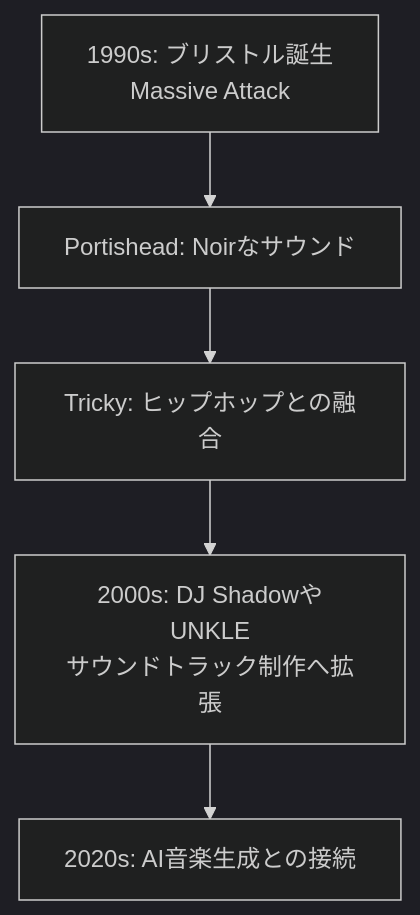
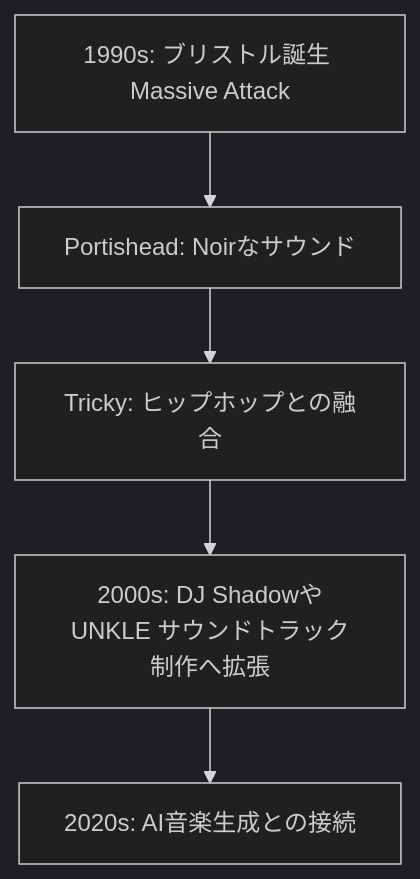
Before and after one commit to monumental-movement/monumental-movement.github.io: the first of 2 diagrams in _posts/2025-09-21-Column-Triphop.md, drawn with Mermaid (dark theme). The commit also changed other lines of this file, not shown here.

```diff
--- a/_posts/2025-09-21-Column-Triphop.md
+++ b/_posts/2025-09-21-Column-Triphop.md
@@ -44,7 +46,7 @@
 <div class="mermaid">
 flowchart TD
-    A["1990s: ブリストル誕生\nMassive Attack"] --> B["Portishead: Noirなサウンド"]
+    A["1990s: ブリストル誕生 Massive Attack"] --> B["Portishead: Noirなサウンド"]
     B --> C["Tricky: ヒップホップとの融合"]
-    C --> D["2000s: DJ ShadowやUNKLE\nサウンドトラック制作へ拡張"]
+    C --> D["2000s: DJ ShadowやUNKLE サウンドトラック制作へ拡張"]
     D --> E["2020s: AI音楽生成との接続"]
 </div>
```
